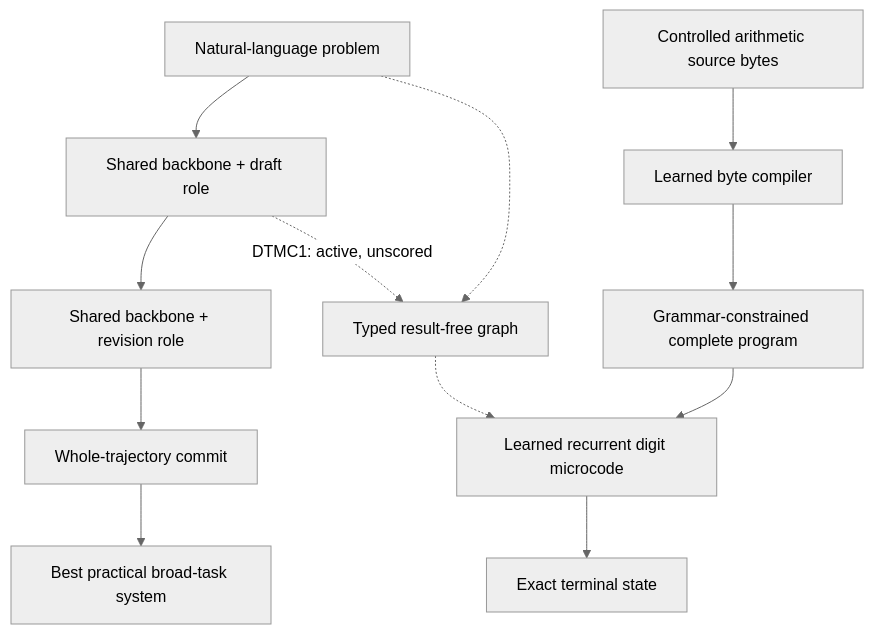
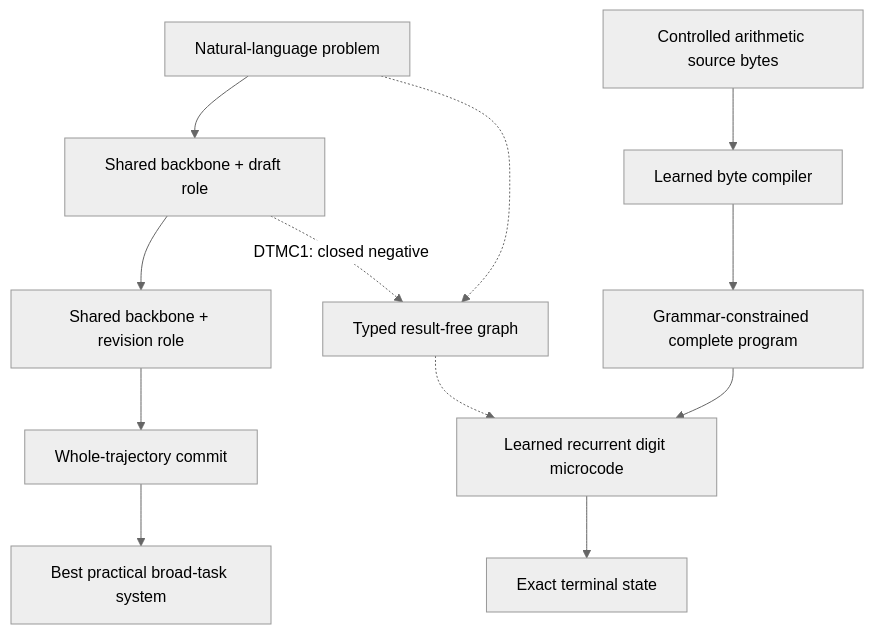
The first of 2 diagrams in SHOHIN.md (GodlyDonuts/shohin-ettr), drawn with Mermaid (neutral theme) before and after one commit. The commit also changed other lines of this file and 4 other files, not shown here.

````diff
--- a/SHOHIN.md
+++ b/SHOHIN.md
@@ -92,17 +95,17 @@
 ```mermaid
 flowchart TB
     X["Natural-language problem"]
     X --> D["Shared backbone + draft role"]
     D --> R["Shared backbone + revision role"]
     R --> C["Whole-trajectory commit"]
     C --> B["Best practical broad-task system"]
 
     S["Controlled arithmetic source bytes"] --> BC["Learned byte compiler"]
     BC --> GP["Grammar-constrained complete program"]
     GP --> LM["Learned recurrent digit microcode"]
     LM --> T["Exact terminal state"]
 
-    D -. "DTMC1: active, unscored" .-> TG["Typed result-free graph"]
+    D -. "DTMC1: closed negative" .-> TG["Typed result-free graph"]
     X -.-> TG
     TG -.-> LM
 ```
````
